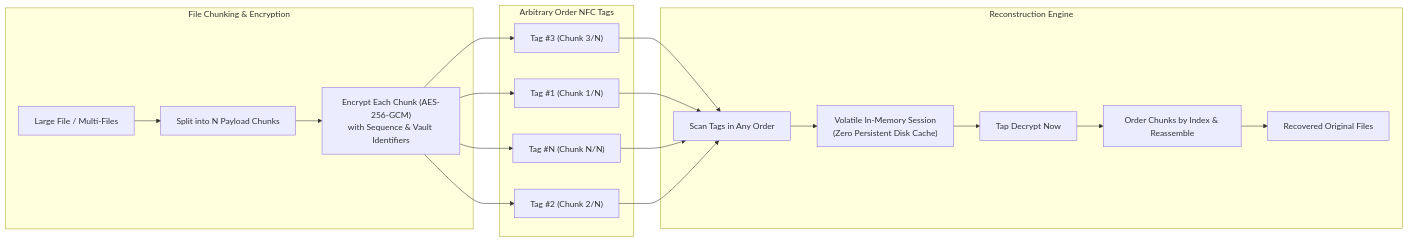
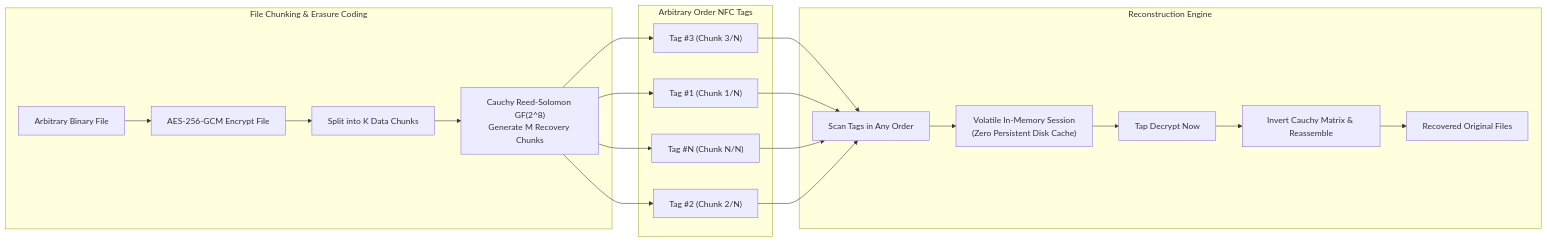
Before and after one commit to FROSTY-MUG/Ghost-Tag: the fourth of 5 diagrams in README.md, drawn with Mermaid. The commit also changed other lines of this file and 65 other files, not shown here.

````diff
--- a/README.md
+++ b/README.md
@@ -159,37 +166,38 @@
 ```mermaid
 flowchart LR
-    subgraph FileSlice["File Chunking & Encryption"]
-        LargeFile["Large File / Multi-Files"] --> SplitChunks["Split into N Payload Chunks"]
-        SplitChunks --> EncryptChunks["Encrypt Each Chunk (AES-256-GCM)<br/>with Sequence & Vault Identifiers"]
+    subgraph FileSlice["File Chunking & Erasure Coding"]
+        LargeFile["Arbitrary Binary File"] --> EncryptWhole["AES-256-GCM Encrypt File"]
+        EncryptWhole --> SplitChunks["Split into K Data Chunks"]
+        SplitChunks --> CauchyRS["Cauchy Reed-Solomon GF(2^8)<br/>Generate M Recovery Chunks"]
     end
 
     subgraph PhysicalTags["Arbitrary Order NFC Tags"]
         Tag3["Tag #3 (Chunk 3/N)"]
         Tag1["Tag #1 (Chunk 1/N)"]
         TagN["Tag #N (Chunk N/N)"]
         Tag2["Tag #2 (Chunk 2/N)"]
     end
 
     subgraph Reconstruction["Reconstruction Engine"]
         ScanLoop["Scan Tags in Any Order"]
         VolatileSession["Volatile In-Memory Session<br/>(Zero Persistent Disk Cache)"]
         DecryptAction["Tap Decrypt Now"]
-        Reassemble["Order Chunks by Index & Reassemble"]
+        Reassemble["Invert Cauchy Matrix & Reassemble"]
         RecoveredFile["Recovered Original Files"]
     end
 
-    EncryptChunks --> Tag3
-    EncryptChunks --> Tag1
-    EncryptChunks --> TagN
-    EncryptChunks --> Tag2
+    CauchyRS --> Tag3
+    CauchyRS --> Tag1
+    CauchyRS --> TagN
+    CauchyRS --> Tag2
 
     Tag3 --> ScanLoop
     Tag1 --> ScanLoop
     TagN --> ScanLoop
     Tag2 --> ScanLoop
 
     ScanLoop --> VolatileSession
     VolatileSession --> DecryptAction
     DecryptAction --> Reassemble
     Reassemble --> RecoveredFile
 ```
````
